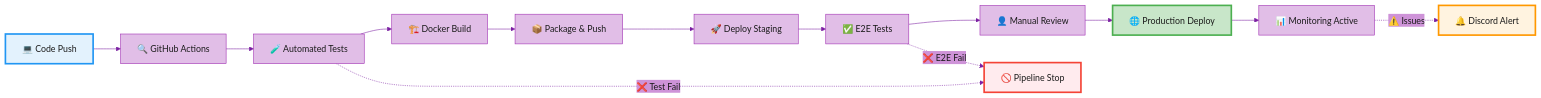
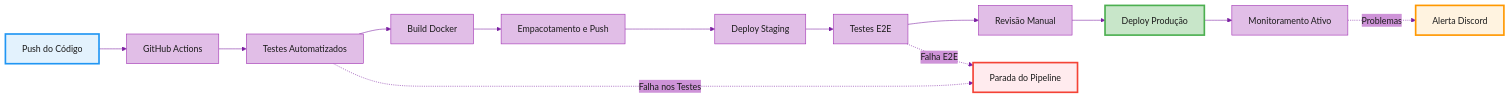
Before and after one commit to solanisdev/solar: diagram 13 of 20 in README.md, drawn with Mermaid. The commit also changed other lines of this file, not shown here.

````diff
--- a/README.md
+++ b/README.md
@@ -493,22 +471,22 @@
 ```mermaid
 %%{init: {'theme':'base', 'themeVariables': {'primaryColor':'#E1BEE7','primaryTextColor':'#1a1a1a','primaryBorderColor':'#9C27B0','lineColor':'#7B1FA2','secondaryColor':'#CE93D8','tertiaryColor':'#F3E5F5'}}}%%
 graph LR
-    A[💻 Code Push] --> B[🔍 GitHub Actions]
-    B --> C[🧪 Automated Tests]
-    C --> D[🏗️ Docker Build]
-    D --> E[📦 Package & Push]
-    E --> F[🚀 Deploy Staging]
-    F --> G[✅ E2E Tests]
-    G --> H[👤 Manual Review]
-    H --> I[🌐 Production Deploy]
-    I --> J[📊 Monitoring Active]
+    A[Push do Código] --> B[GitHub Actions]
+    B --> C[Testes Automatizados]
+    C --> D[Build Docker]
+    D --> E[Empacotamento e Push]
+    E --> F[Deploy Staging]
+    F --> G[Testes E2E]
+    G --> H[Revisão Manual]
+    H --> I[Deploy Produção]
+    I --> J[Monitoramento Ativo]
     
-    C -.->|❌ Test Fail| K[🚫 Pipeline Stop]
-    G -.->|❌ E2E Fail| K
-    J -.->|⚠️ Issues| L[🔔 Discord Alert]
+    C -.->|Falha nos Testes| K[Parada do Pipeline]
+    G -.->|Falha E2E| K
+    J -.->|Problemas| L[Alerta Discord]
     
     style A fill:#E3F2FD,stroke:#2196F3,stroke-width:3px
     style I fill:#C8E6C9,stroke:#4CAF50,stroke-width:3px
     style K fill:#FFEBEE,stroke:#F44336,stroke-width:3px
     style L fill:#FFF3E0,stroke:#FF9800,stroke-width:3px
 ```
````
